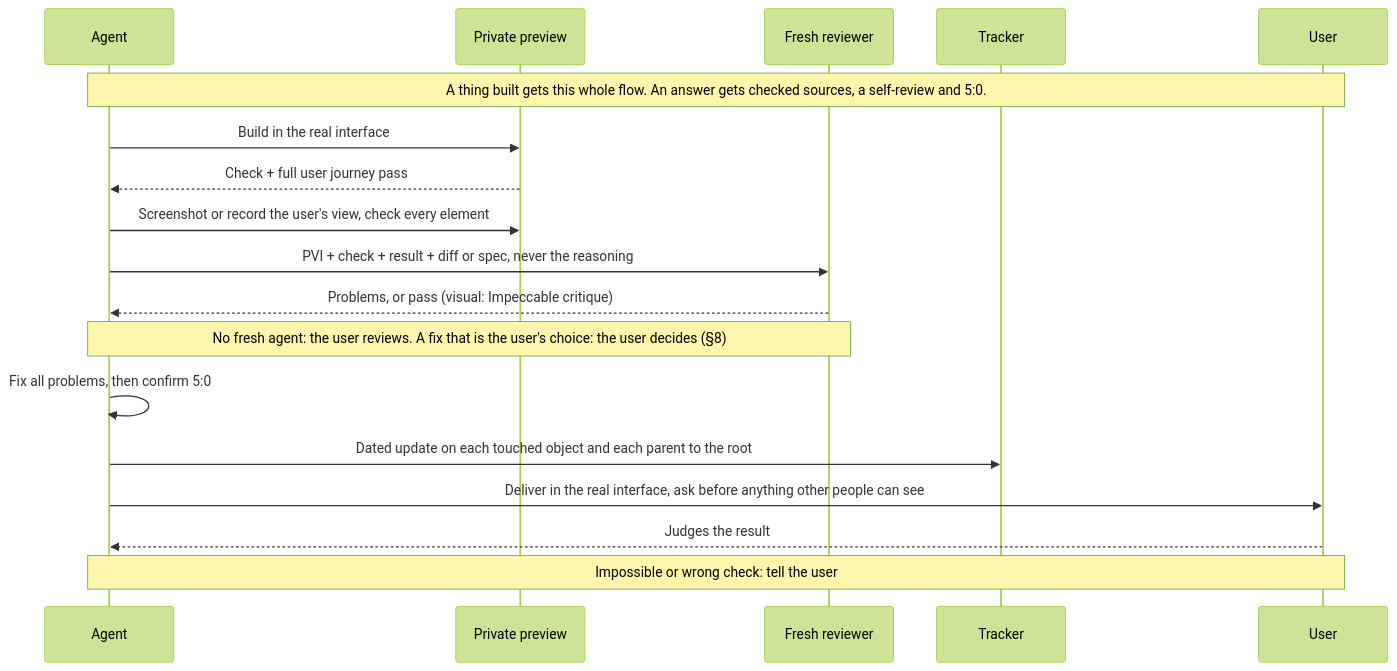
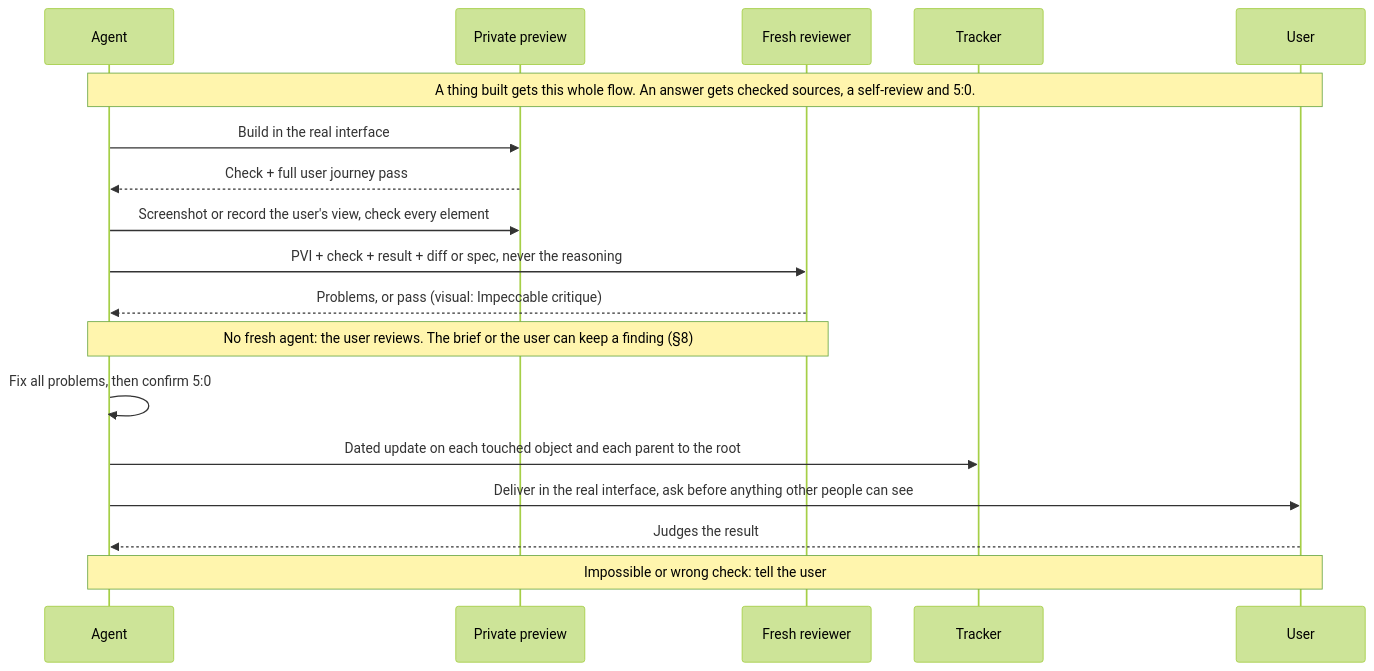
One commit to SolenixAI/arbiter changed diagram 11 of 14 in AGENTS.md. Above: the diagram before and after it, drawn with Mermaid (forest theme). The commit also changed other lines of this file, not shown here.

First line of the commit message:
fix(agents): apply the fresh review of the audit fixes

````diff
--- a/AGENTS.md
+++ b/AGENTS.md
@@ -454,20 +457,20 @@
 ```mermaid
 sequenceDiagram
   participant A as Agent
   participant P as Private preview
   participant R as Fresh reviewer
   participant T as Tracker
   participant U as User
   Note over A,U: A thing built gets this whole flow. An answer gets checked sources, a self-review and 5:0.
   A->>P: Build in the real interface
   P-->>A: Check + full user journey pass
   A->>P: Screenshot or record the user's view, check every element
   A->>R: PVI + check + result + diff or spec, never the reasoning
   R-->>A: Problems, or pass (visual: Impeccable critique)
-  Note over A,R: No fresh agent: the user reviews. A fix that is the user's choice: the user decides (§8)
+  Note over A,R: No fresh agent: the user reviews. The brief or the user can keep a finding (§8)
   A->>A: Fix all problems, then confirm 5:0
   A->>T: Dated update on each touched object and each parent to the root
   A->>U: Deliver in the real interface, ask before anything other people can see
   U-->>A: Judges the result
   Note over A,U: Impossible or wrong check: tell the user
 ```
````
